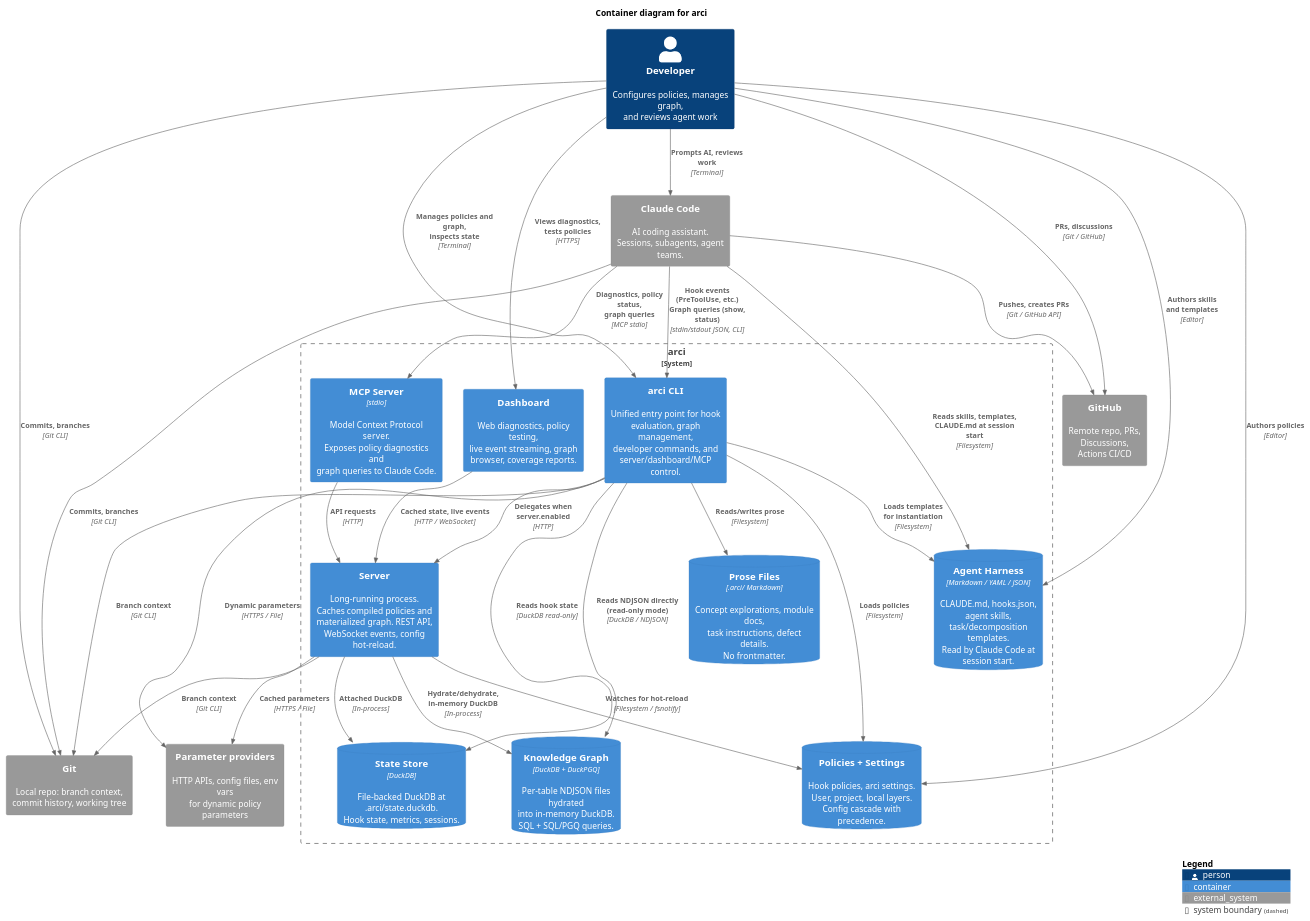
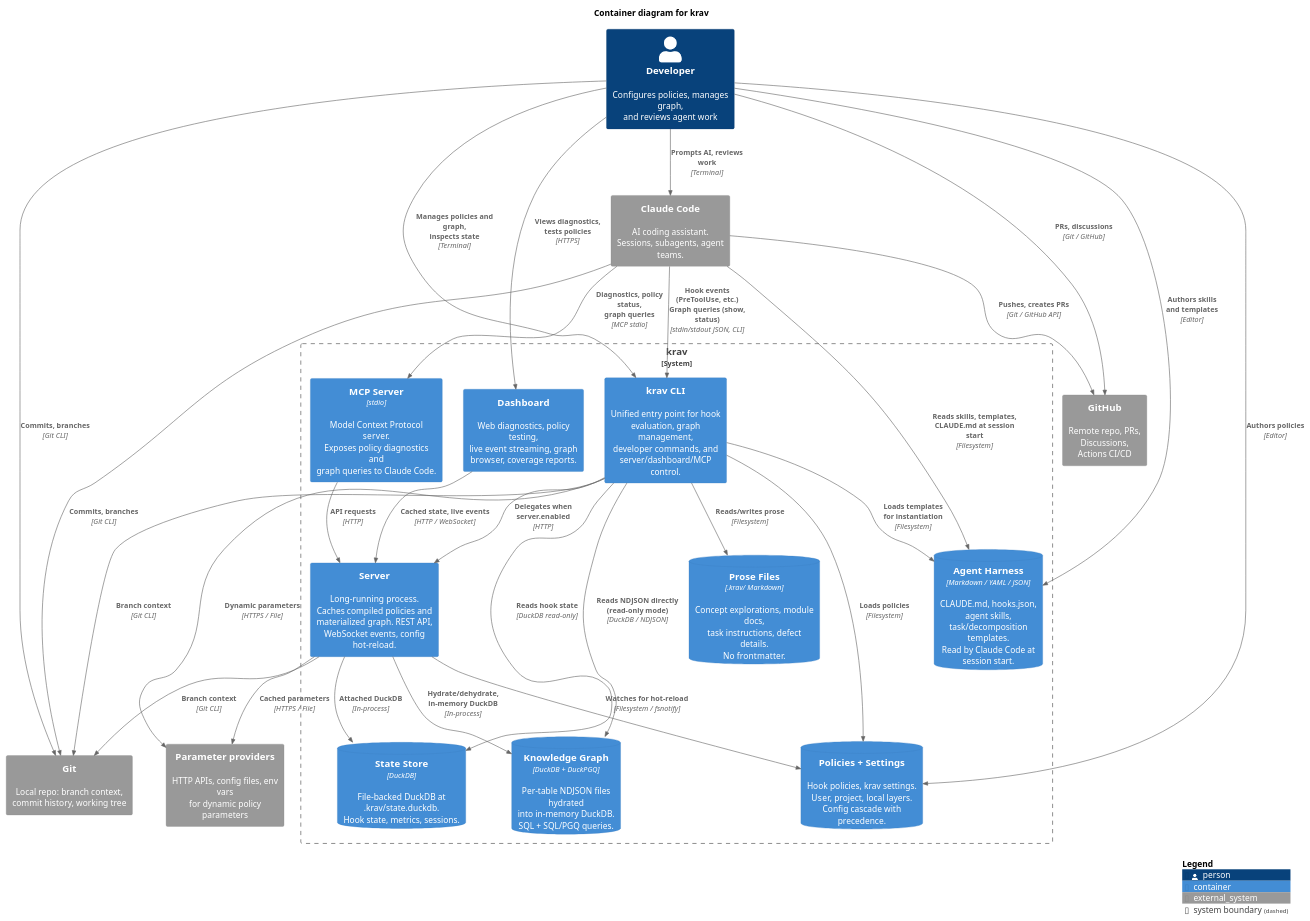
The diagram in docs/design/diagrams/krav-c4-container.puml (krav-sh/krav), drawn with PlantUML before and after one commit. The commit also changed 111 other files, not shown here.

```diff
--- a/docs/design/diagrams/krav-c4-container.puml
+++ b/docs/design/diagrams/krav-c4-container.puml
@@ -1,71 +1,71 @@
-@startuml arci-c4-container
+@startuml krav-c4-container
 !include <C4/C4_Container>
 
-title Container diagram for arci
+title Container diagram for krav
 
 Person(developer, "Developer", "Configures policies, manages graph,\nand reviews agent work")
 
 System_Ext(claude_code, "Claude Code", "AI coding assistant.\nSessions, subagents, agent teams.")
 System_Ext(git, "Git", "Local repo: branch context,\ncommit history, working tree")
 System_Ext(github, "GitHub", "Remote repo, PRs, Discussions,\nActions CI/CD")
 System_Ext(param_providers, "Parameter providers", "HTTP APIs, config files, env vars\nfor dynamic policy parameters")
 
-System_Boundary(arci, "arci") {
+System_Boundary(krav, "krav") {
 
-    Container(cli, "arci CLI", "", "Unified entry point for hook\nevaluation, graph management,\ndeveloper commands, and\nserver/dashboard/MCP control.")
+    Container(cli, "krav CLI", "", "Unified entry point for hook\nevaluation, graph management,\ndeveloper commands, and\nserver/dashboard/MCP control.")
 
     Container(server, "Server", "", "Long-running process.\nCaches compiled policies and\nmaterialized graph. REST API,\nWebSocket events, config hot-reload.")
 
     Container(dashboard, "Dashboard", "", "Web diagnostics, policy testing,\nlive event streaming, graph\nbrowser, coverage reports.")
 
     Container(mcp, "MCP Server", "stdio", "Model Context Protocol server.\nExposes policy diagnostics and\ngraph queries to Claude Code.")
 
-    ContainerDb(state_store, "State Store", "DuckDB", "File-backed DuckDB at\n.arci/state.duckdb.\nHook state, metrics, sessions.")
+    ContainerDb(state_store, "State Store", "DuckDB", "File-backed DuckDB at\n.krav/state.duckdb.\nHook state, metrics, sessions.")
 
     ContainerDb(graph_db, "Knowledge Graph", "DuckDB + DuckPGQ", "Per-table NDJSON files hydrated\ninto in-memory DuckDB.\nSQL + SQL/PGQ queries.")
 
-    ContainerDb(prose_files, "Prose Files", ".arci/ Markdown", "Concept explorations, module docs,\ntask instructions, defect details.\nNo frontmatter.")
+    ContainerDb(prose_files, "Prose Files", ".krav/ Markdown", "Concept explorations, module docs,\ntask instructions, defect details.\nNo frontmatter.")
 
-    ContainerDb(policy_config, "Policies + Settings", "", "Hook policies, arci settings.\nUser, project, local layers.\nConfig cascade with precedence.")
+    ContainerDb(policy_config, "Policies + Settings", "", "Hook policies, krav settings.\nUser, project, local layers.\nConfig cascade with precedence.")
 
     ContainerDb(harness_config, "Agent Harness", "Markdown / YAML / JSON", "CLAUDE.md, hooks.json, agent skills,\ntask/decomposition templates.\nRead by Claude Code at session start.")
 }
 
 ' === Developer relationships ===
 Rel(developer, claude_code, "Prompts AI, reviews work", "Terminal")
 Rel(developer, cli, "Manages policies and graph,\ninspects state", "Terminal")
 Rel(developer, dashboard, "Views diagnostics,\ntests policies", "HTTPS")
 Rel(developer, policy_config, "Authors policies", "Editor")
 Rel(developer, harness_config, "Authors skills\nand templates", "Editor")
 Rel(developer, git, "Commits, branches", "Git CLI")
 Rel(developer, github, "PRs, discussions", "Git / GitHub")
 
 ' === Claude Code relationships ===
 Rel(claude_code, cli, "Hook events (PreToolUse, etc.)\nGraph queries (show, status)", "stdin/stdout JSON, CLI")
 Rel(claude_code, mcp, "Diagnostics, policy status,\ngraph queries", "MCP stdio")
 Rel(claude_code, harness_config, "Reads skills, templates,\nCLAUDE.md at session start", "Filesystem")
 Rel(claude_code, git, "Commits, branches", "Git CLI")
 Rel(claude_code, github, "Pushes, creates PRs", "Git / GitHub API")
 
 ' === Runtime relationships ===
 Rel(cli, server, "Delegates when server.enabled", "HTTP")
 Rel(cli, state_store, "Reads hook state", "DuckDB read-only")
 Rel(cli, graph_db, "Reads NDJSON directly\n(read-only mode)", "DuckDB / NDJSON")
 Rel(cli, prose_files, "Reads/writes prose", "Filesystem")
 Rel(cli, policy_config, "Loads policies", "Filesystem")
 Rel(cli, harness_config, "Loads templates\nfor instantiation", "Filesystem")
 Rel(cli, git, "Branch context", "Git CLI")
 Rel(cli, param_providers, "Dynamic parameters", "HTTPS / File")
 
 Rel(server, state_store, "Attached DuckDB", "In-process")
 Rel(server, graph_db, "Hydrate/dehydrate,\nin-memory DuckDB", "In-process")
 Rel(server, policy_config, "Watches for hot-reload", "Filesystem / fsnotify")
 Rel(server, param_providers, "Cached parameters", "HTTPS / File")
 Rel(server, git, "Branch context", "Git CLI")
 
 Rel(mcp, server, "API requests", "HTTP")
 Rel(dashboard, server, "Cached state, live events", "HTTP / WebSocket")
 
 SHOW_LEGEND()
 
 @enduml
```
